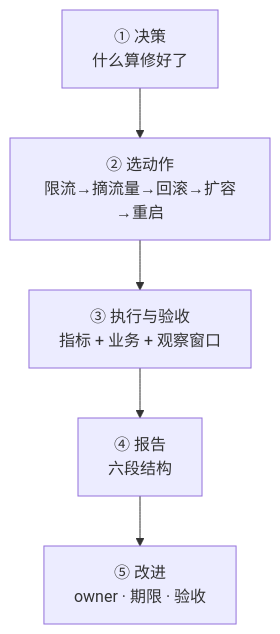
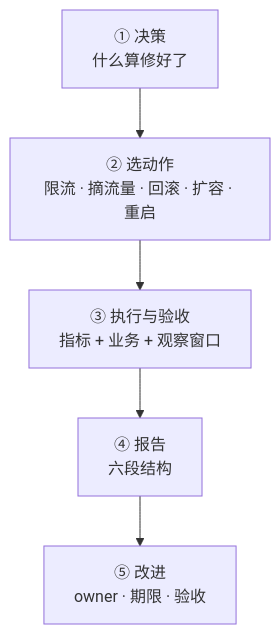
One commit to realtyz/ops-manual changed the second of 2 diagrams in Linux/10_性能分析与排障/00_导读与知识地图.md. Above: the diagram before and after it, drawn with Mermaid. The commit also changed other lines of this file and 118 other files, not shown here.

````diff
--- a/Linux/10_性能分析与排障/00_导读与知识地图.md
+++ b/Linux/10_性能分析与排障/00_导读与知识地图.md
@@ -40,7 +40,7 @@
 ```mermaid
 flowchart
-  E["① 决策<br/>什么算修好了"] --> F["② 选动作<br/>限流→摘流量→回滚→扩容→重启"]
+  E["① 决策<br/>什么算修好了"] --> F["② 选动作<br/>限流 · 摘流量 · 回滚 · 扩容 · 重启"]
   F --> G["③ 执行与验收<br/>指标 + 业务 + 观察窗口"]
   G --> H["④ 报告<br/>六段结构"]
   H --> I["⑤ 改进<br/>owner · 期限 · 验收"]
 ```
````
